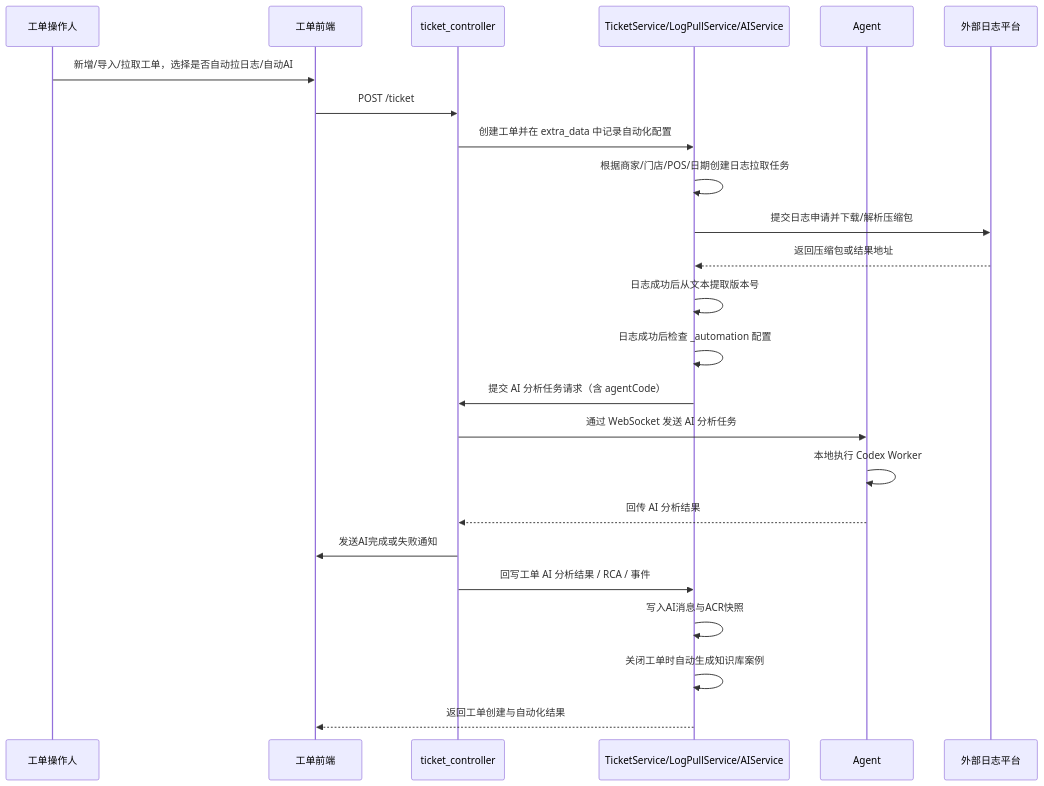
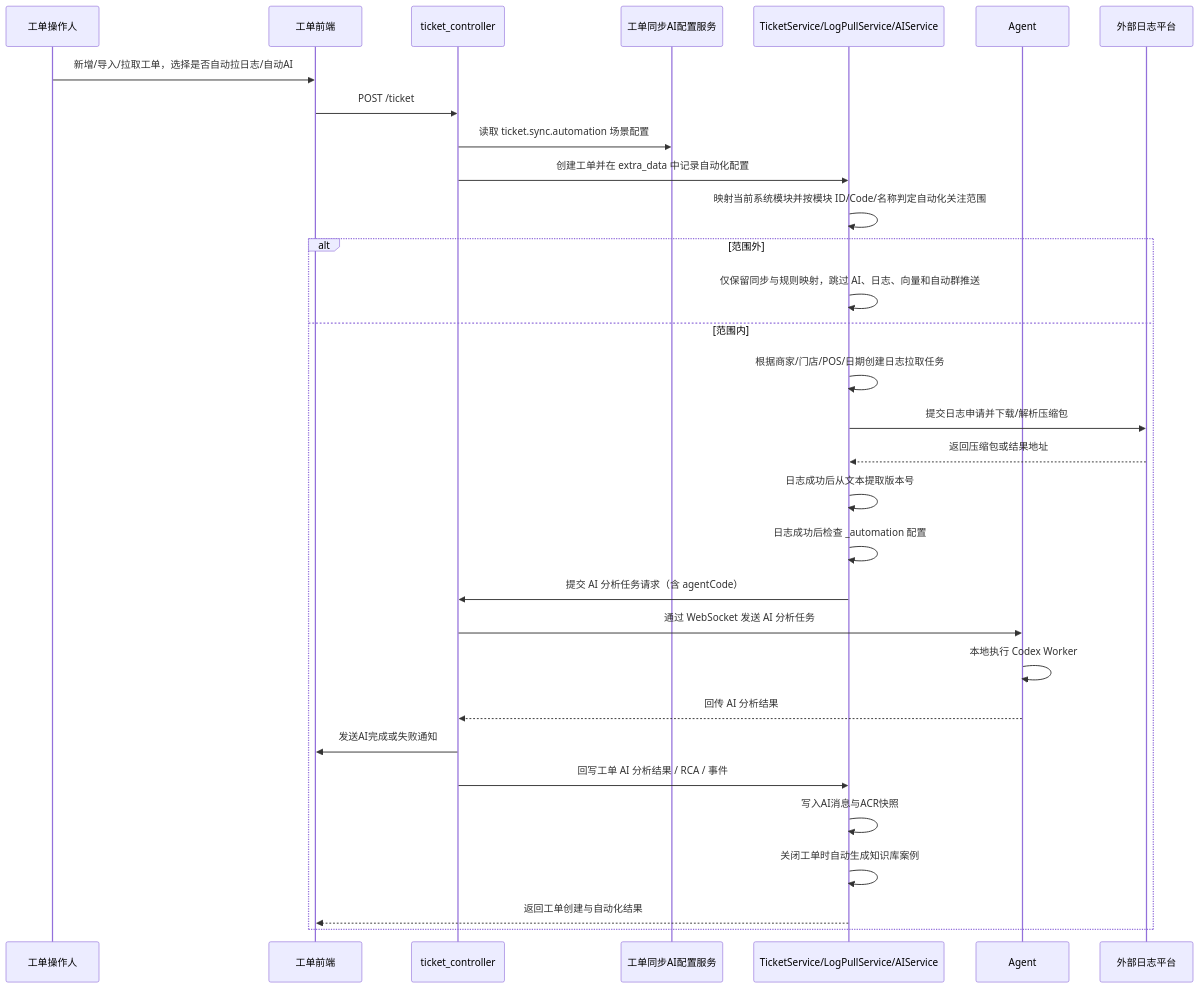
The diagram in wiki/flows/ticket-automation-flow.md (diaodeng/ApiTestPlatform), drawn with Mermaid before and after one commit. The commit also changed other lines of this file and 482 other files, not shown here.

````diff
--- a/wiki/flows/ticket-automation-flow.md
+++ b/wiki/flows/ticket-automation-flow.md
@@ -26,27 +26,34 @@
 ```mermaid
 sequenceDiagram
   participant U as 工单操作人
   participant W as 工单前端
   participant C as ticket_controller
+  participant CFG as 工单同步AI配置服务
   participant S as TicketService/LogPullService/AIService
   participant A as Agent
   participant X as 外部日志平台
 
   U->>W: 新增/导入/拉取工单，选择是否自动拉日志/自动AI
   W->>C: POST /ticket
+  C->>CFG: 读取 ticket.sync.automation 场景配置
   C->>S: 创建工单并在 extra_data 中记录自动化配置
+  S->>S: 映射当前系统模块并按模块 ID/Code/名称判定自动化关注范围
+  alt 范围外
+    S->>S: 仅保留同步与规则映射，跳过 AI、日志、向量和自动群推送
+  else 范围内
   S->>S: 根据商家/门店/POS/日期创建日志拉取任务
   S->>X: 提交日志申请并下载/解析压缩包
   X-->>S: 返回压缩包或结果地址
   S->>S: 日志成功后从文本提取版本号
   S->>S: 日志成功后检查 _automation 配置
   S->>C: 提交 AI 分析任务请求（含 agentCode）
   C->>A: 通过 WebSocket 发送 AI 分析任务
   A->>A: 本地执行 Codex Worker
   A-->>C: 回传 AI 分析结果
   C->>W: 发送AI完成或失败通知
   C->>S: 回写工单 AI 分析结果 / RCA / 事件
   S->>S: 写入AI消息与ACR快照
   S->>S: 关闭工单时自动生成知识库案例
   S-->>W: 返回工单创建与自动化结果
+  end
 ```
````
